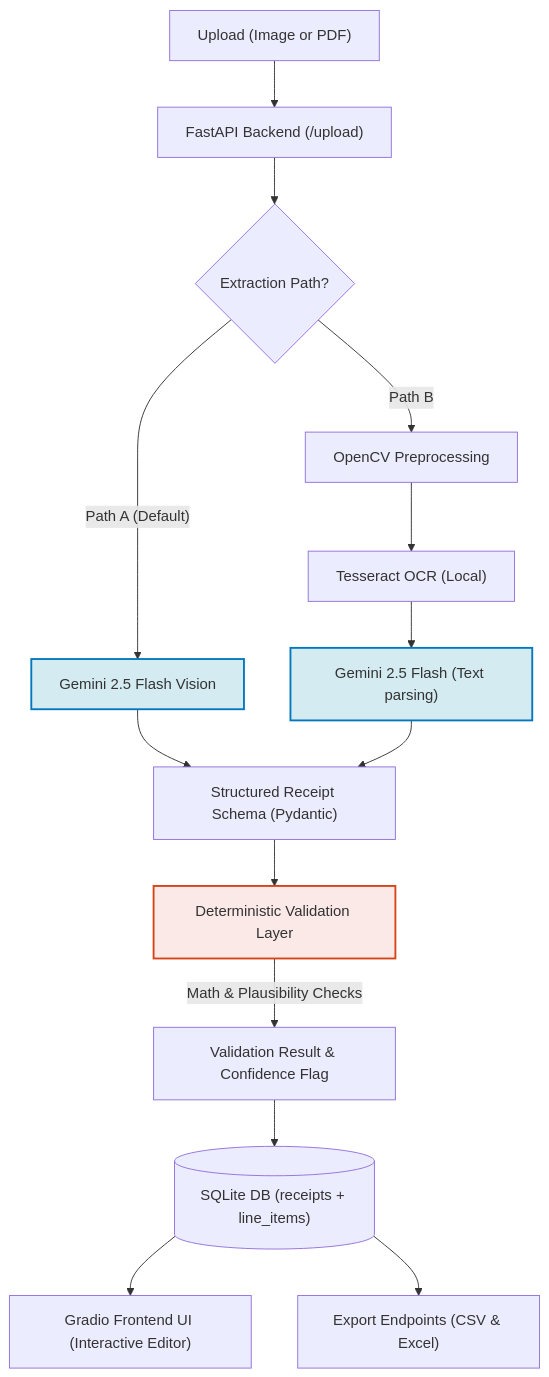
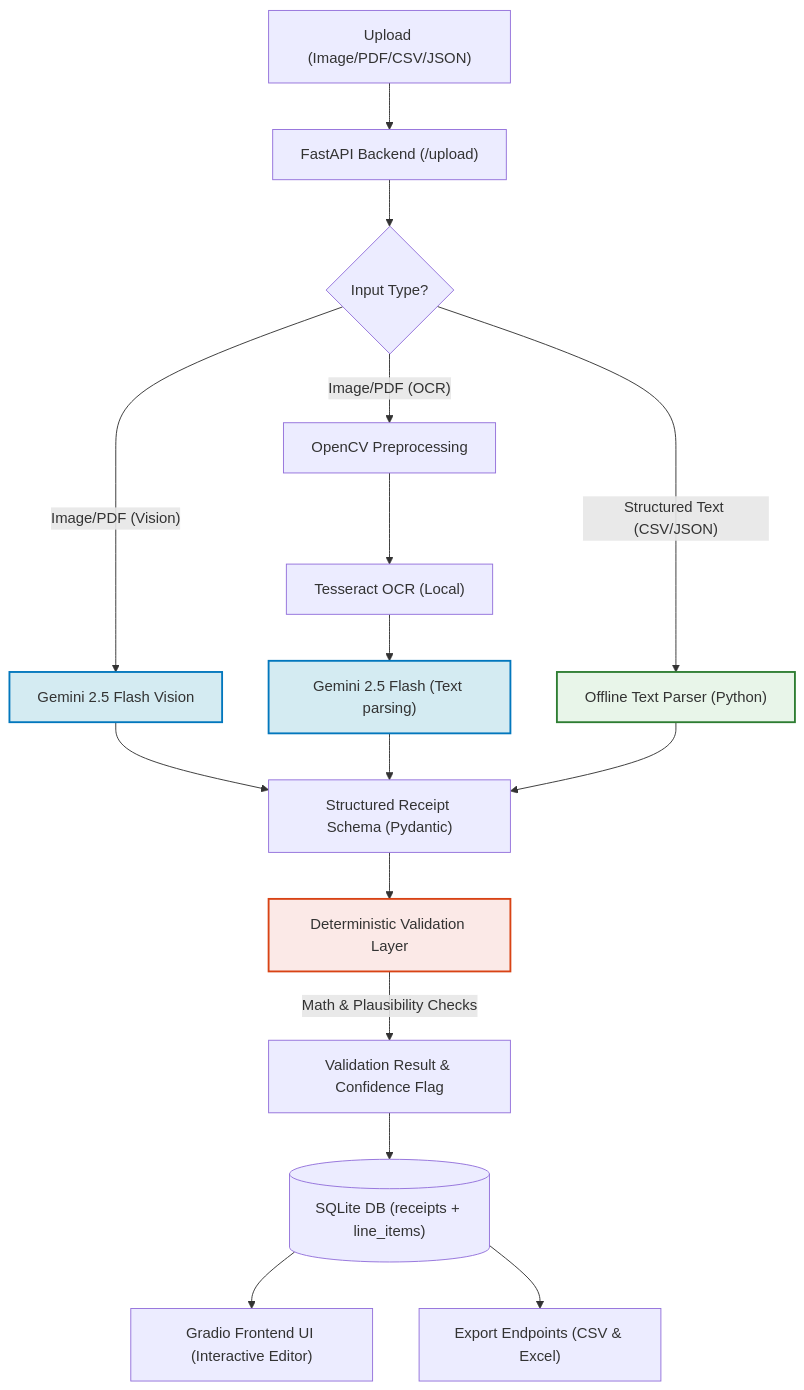
One commit to Natraj16/Invoize changed the diagram in README.md. Above: the diagram before and after it, drawn with Mermaid. The commit also changed other lines of this file and 7 other files, not shown here.

Commit message:
feat: add hybrid offline parser, INR support, webcam capture, and rate-limit retries

````diff
--- a/README.md
+++ b/README.md
@@ -13,33 +13,38 @@
 ```mermaid
 graph TD
     %% Input Layer
-    A["Upload (Image or PDF)"] --> B["FastAPI Backend (/upload)"]
+    A["Upload (Image/PDF/CSV/JSON)"] --> B["FastAPI Backend (/upload)"]
     
     %% Input Routing
-    B --> C{"Extraction Path?"}
+    B --> C{"Input Type?"}
     
     %% Path A: Direct Vision
-    C -->|"Path A (Default)"| D["Gemini 2.5 Flash Vision"]
+    C -->|"Image/PDF (Vision)"| D["Gemini 2.5 Flash Vision"]
     
     %% Path B: Local OCR + LLM
-    C -->|"Path B"| E["OpenCV Preprocessing"]
+    C -->|"Image/PDF (OCR)"| E["OpenCV Preprocessing"]
     E --> F["Tesseract OCR (Local)"]
     F --> G["Gemini 2.5 Flash (Text parsing)"]
+    
+    %% Path C: Hybrid Offline Parser
+    C -->|"Structured Text (CSV/JSON)"| Z["Offline Text Parser (Python)"]
     
     %% Structured Output
     D --> H["Structured Receipt Schema (Pydantic)"]
     G --> H
+    Z --> H
     
     %% Validation & Confidence
     H --> I["Deterministic Validation Layer"]
     I -->|Math & Plausibility Checks| J["Validation Result & Confidence Flag"]
     
     %% Storage & Access
     J --> K[("SQLite DB (receipts + line_items)")]
     K --> L["Gradio Frontend UI (Interactive Editor)"]
     K --> M["Export Endpoints (CSV & Excel)"]
     
     style D fill:#d4ebf2,stroke:#0277bd,stroke-width:2px
     style G fill:#d4ebf2,stroke:#0277bd,stroke-width:2px
+    style Z fill:#e8f5e9,stroke:#2e7d32,stroke-width:2px
     style I fill:#fbe9e7,stroke:#d84315,stroke-width:2px
 ```
````
